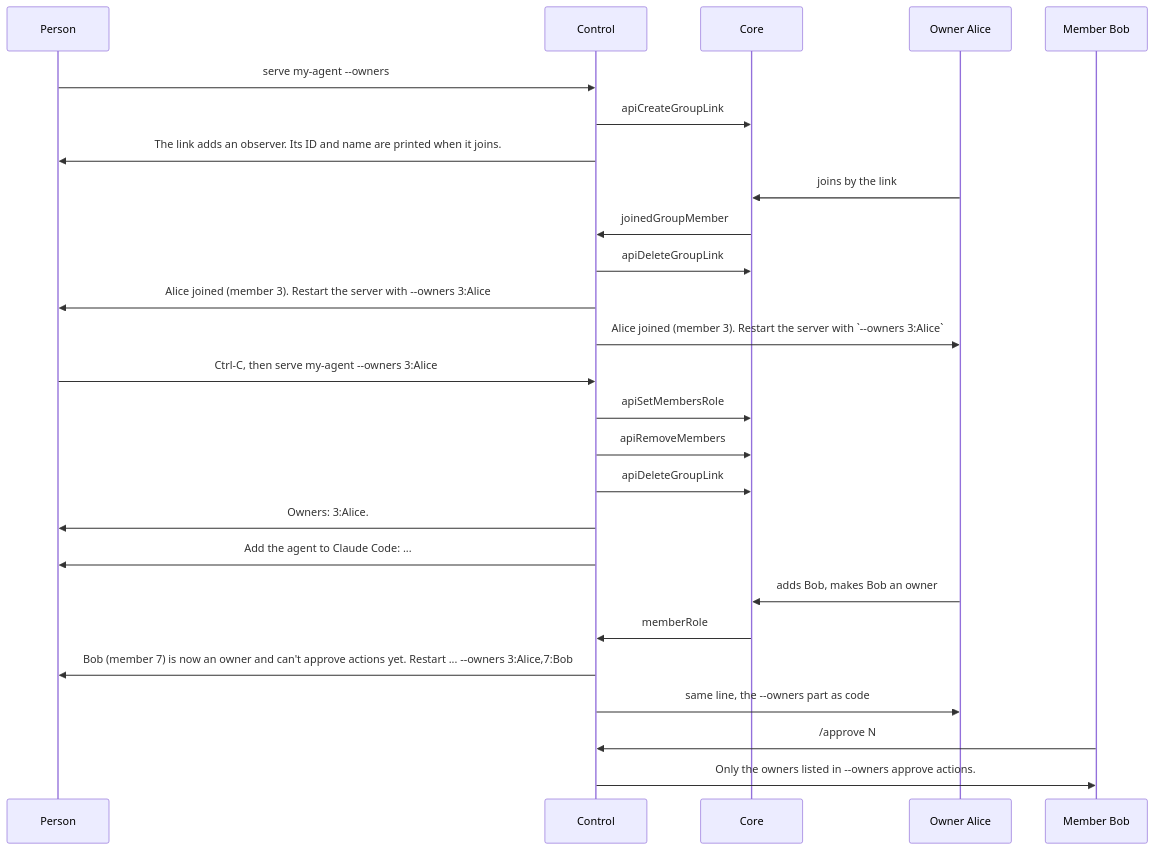
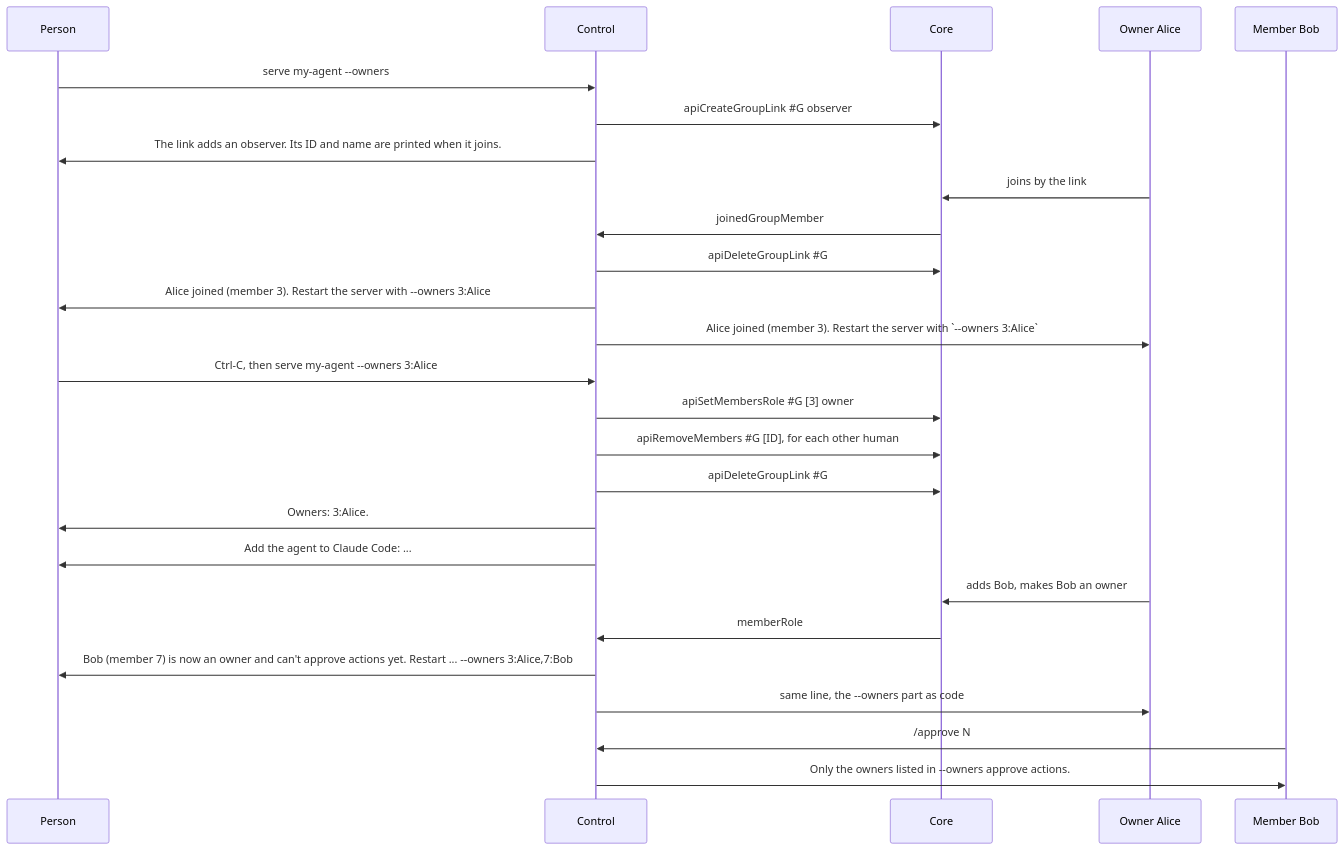
One commit to simplex-chat/simplex-chat changed diagram 12 of 30 in packages/simplex-chat-mcp/spec/flows.md. Above: the diagram before and after it, drawn with Mermaid. The commit also changed other lines of this file and 1 other file, not shown here.

First line of the commit message:
mcp: spec diagrams render whole on GitHub

````diff
--- a/packages/simplex-chat-mcp/spec/flows.md
+++ b/packages/simplex-chat-mcp/spec/flows.md
@@ -538,28 +538,28 @@
 ```mermaid
 sequenceDiagram
   participant P as Person
   participant K as Control
   participant C as Core
   participant O as Owner Alice
   participant B as Member Bob
   P->>K: serve my-agent --owners
-  K->>C: apiCreateGroupLink #G observer
+  K->>C: apiCreateGroupLink #35;G observer
   K->>P: The link adds an observer. Its ID and name are printed when it joins.
   O->>C: joins by the link
   C->>K: joinedGroupMember
-  K->>C: apiDeleteGroupLink #G
+  K->>C: apiDeleteGroupLink #35;G
   K->>P: Alice joined (member 3). Restart the server with --owners 3:Alice
   K->>O: Alice joined (member 3). Restart the server with `--owners 3:Alice`
   P->>K: Ctrl-C, then serve my-agent --owners 3:Alice
-  K->>C: apiSetMembersRole #G [3] owner
-  K->>C: apiRemoveMembers #G [ID], for each other human
-  K->>C: apiDeleteGroupLink #G
+  K->>C: apiSetMembersRole #35;G [3] owner
+  K->>C: apiRemoveMembers #35;G [ID], for each other human
+  K->>C: apiDeleteGroupLink #35;G
   K->>P: Owners: 3:Alice.
   K->>P: Add the agent to Claude Code: ...
   O->>C: adds Bob, makes Bob an owner
   C->>K: memberRole
   K->>P: Bob (member 7) is now an owner and can't approve actions yet. Restart ... --owners 3:Alice,7:Bob
   K->>O: same line, the --owners part as code
   B->>K: /approve N
   K->>B: Only the owners listed in --owners approve actions.
 ```
````
